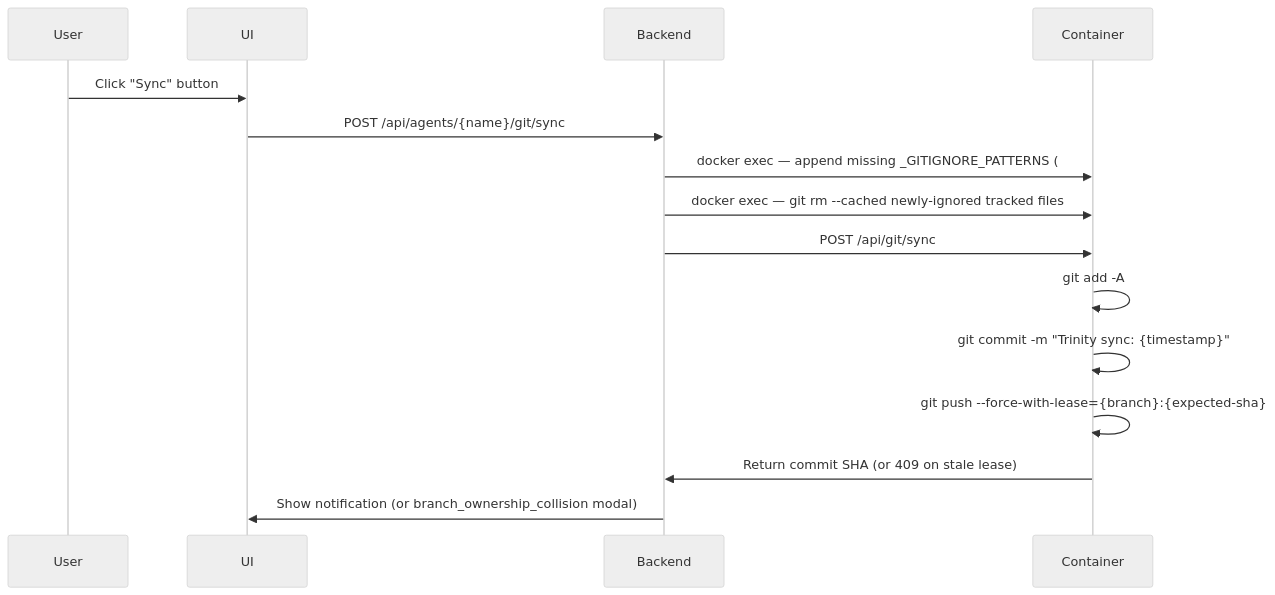
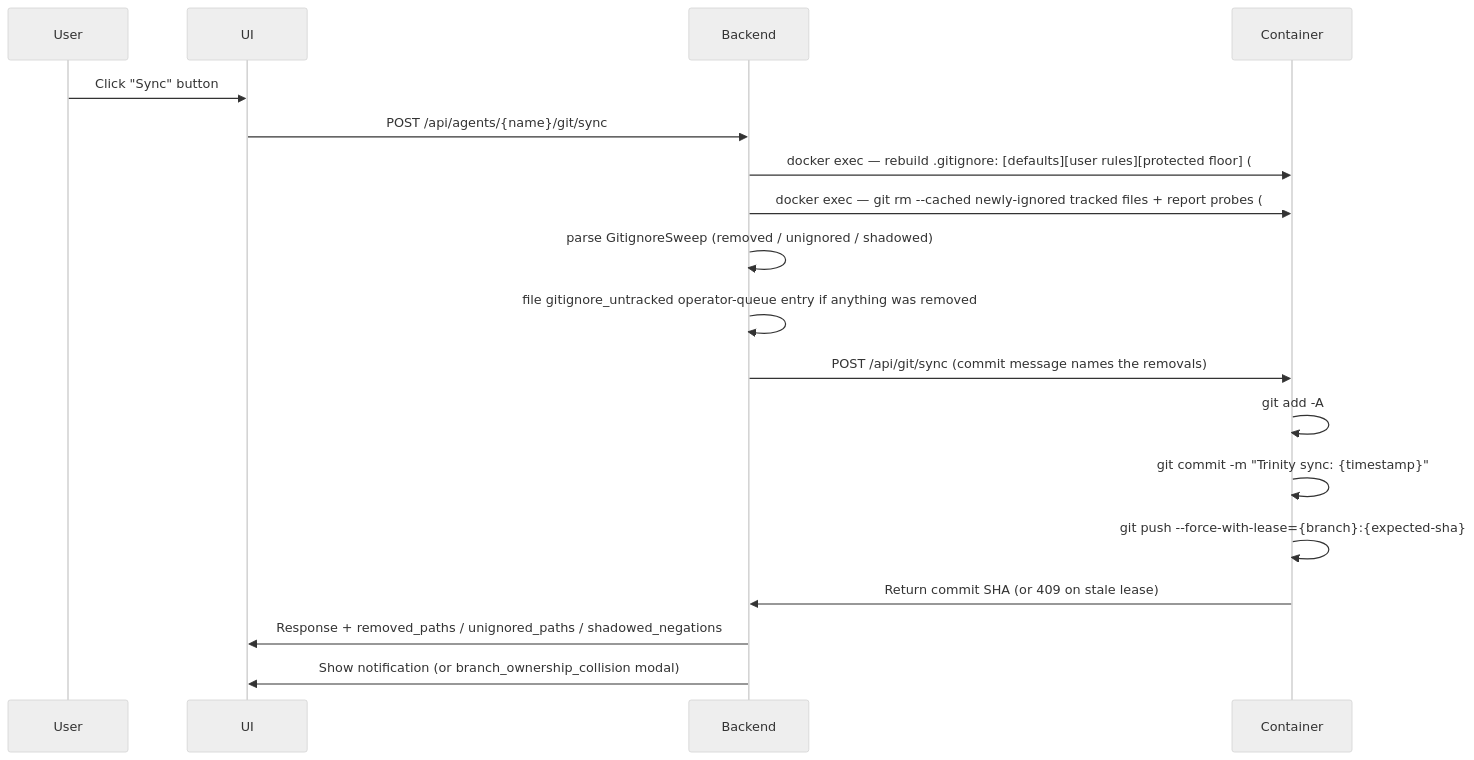
Before and after one commit to Abilityai/trinity: the second of 3 diagrams in docs/memory/feature-flows/github-sync.md, drawn with Mermaid (neutral theme). The commit also changed other lines of this file and 2 other files, not shown here.

First line of the commit message:
docs(feature-flows): the two-region merge and the sweep report (#2529)

````diff
--- a/docs/memory/feature-flows/github-sync.md
+++ b/docs/memory/feature-flows/github-sync.md
@@ -250,18 +250,21 @@
 ```mermaid
 sequenceDiagram
     participant User
     participant UI
     participant Backend
     participant Container
 
     User->>UI: Click "Sync" button
     UI->>Backend: POST /api/agents/{name}/git/sync
-    Backend->>Container: docker exec — append missing _GITIGNORE_PATTERNS (#462)
-    Backend->>Container: docker exec — git rm --cached newly-ignored tracked files
-    Backend->>Container: POST /api/git/sync
+    Backend->>Container: docker exec — rebuild .gitignore: [defaults][user rules][protected floor] (#462, #2529)
+    Backend->>Container: docker exec — git rm --cached newly-ignored tracked files + report probes (#2529)
+    Backend->>Backend: parse GitignoreSweep (removed / unignored / shadowed)
+    Backend->>Backend: file gitignore_untracked operator-queue entry if anything was removed
+    Backend->>Container: POST /api/git/sync (commit message names the removals)
     Container->>Container: git add -A
     Container->>Container: git commit -m "Trinity sync: {timestamp}"
     Container->>Container: git push --force-with-lease={branch}:{expected-sha}
     Container->>Backend: Return commit SHA (or 409 on stale lease)
+    Backend->>UI: Response + removed_paths / unignored_paths / shadowed_negations
     Backend->>UI: Show notification (or branch_ownership_collision modal)
 ```
````
